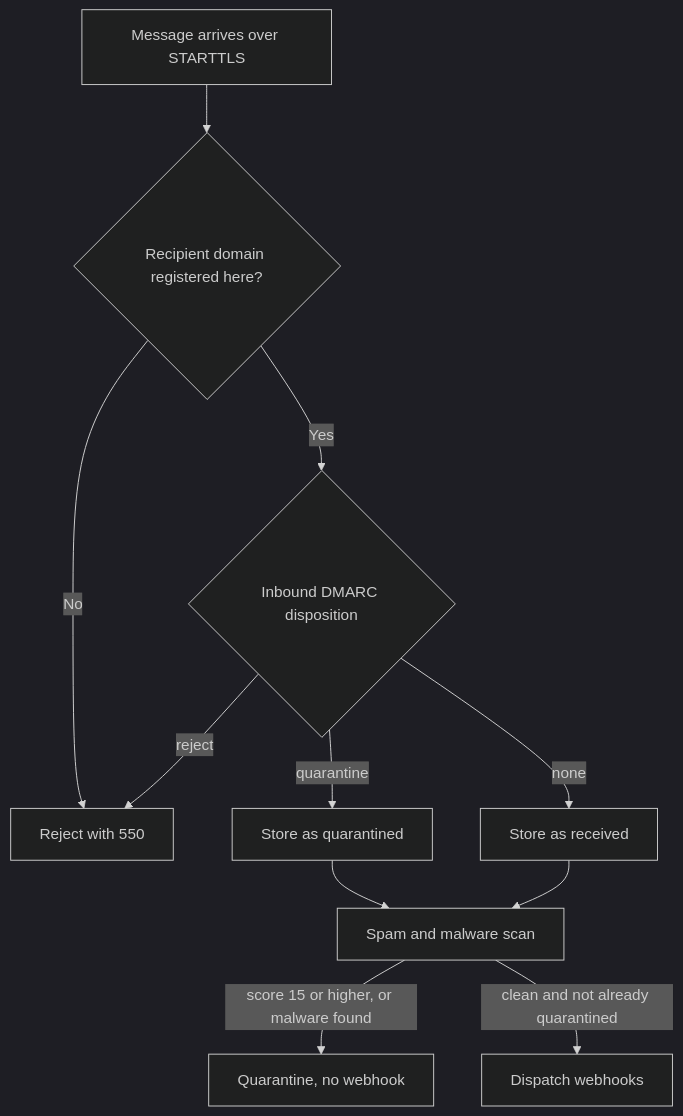
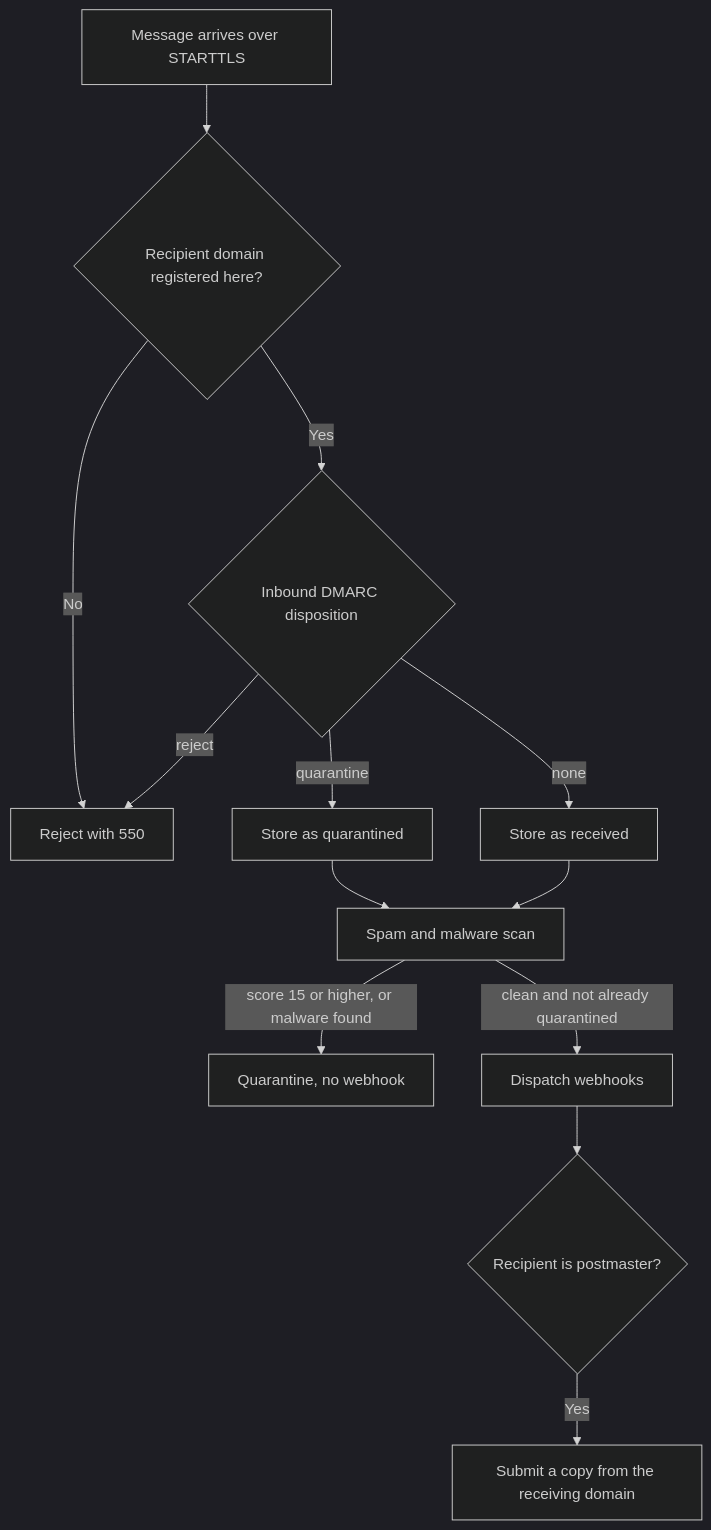
Before and after one commit to codingjoe/relay: the diagram in docs/docs/security.md, drawn with Mermaid (dark theme). The commit also changed other lines of this file and 12 other files, not shown here.

First line of the commit message:
Submit postmaster forwards from the receiving domain (#272)

````diff
--- a/docs/docs/security.md
+++ b/docs/docs/security.md
@@ -90,13 +90,15 @@
 ```mermaid
 flowchart TD
     A[Message arrives over STARTTLS] --> B{Recipient domain registered here?}
     B -- No --> C[Reject with 550]
     B -- Yes --> D{Inbound DMARC disposition}
     D -- reject --> C
     D -- quarantine --> E[Store as quarantined]
     D -- none --> F[Store as received]
     E --> G[Spam and malware scan]
     F --> G
     G -- score 15 or higher, or malware found --> H[Quarantine, no webhook]
     G -- clean and not already quarantined --> I[Dispatch webhooks]
+    I --> J{Recipient is postmaster?}
+    J -- Yes --> K[Submit a copy from the receiving domain]
 ```
````
